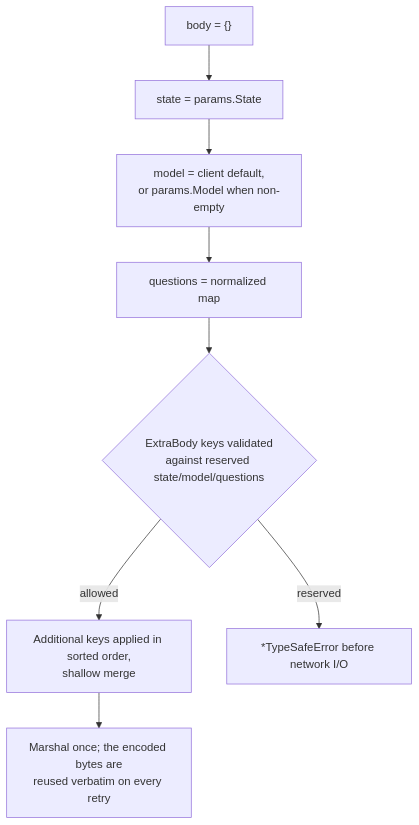
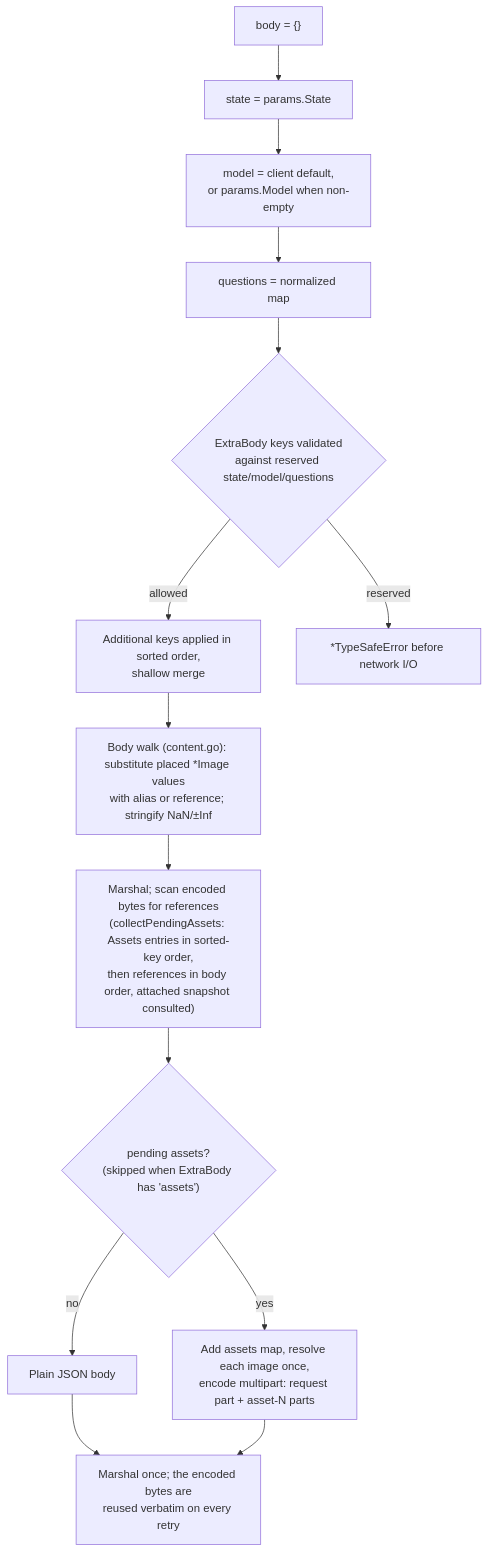
The third of 3 diagrams in docs/wire-protocol.md (captain-corgi/typesafe-sdk-go), drawn with Mermaid before and after one commit. The commit also changed other lines of this file and 41 other files, not shown here.

````diff
--- a/docs/wire-protocol.md
+++ b/docs/wire-protocol.md
@@ -55,10 +58,16 @@
 ```mermaid
 flowchart TB
     b0["body = {}"] --> b1["state = params.State"]
     b1 --> b2["model = client default,<br>or params.Model when non-empty"]
     b2 --> b3["questions = normalized map"]
     b3 --> b4{"ExtraBody keys validated<br>against reserved state/model/questions"}
     b4 -->|allowed| b5["Additional keys applied in sorted order,<br>shallow merge"]
     b4 -->|reserved| bx["*TypeSafeError before network I/O"]
-    b5 --> b6["Marshal once; the encoded bytes are<br>reused verbatim on every retry"]
+    b5 --> b6["Body walk (content.go): substitute placed *Image values<br>with alias or reference; stringify NaN/±Inf"]
+    b6 --> b7["Marshal; scan encoded bytes for references<br/>(collectPendingAssets: Assets entries in sorted-key order,<br>then references in body order, attached snapshot consulted)"]
+    b7 --> b8{"pending assets?<br>(skipped when ExtraBody has 'assets')"}
+    b8 -->|no| b9["Plain JSON body"]
+    b8 -->|yes| b10["Add assets map, resolve each image once,<br>encode multipart: request part + asset-N parts"]
+    b9 --> b11["Marshal once; the encoded bytes are<br>reused verbatim on every retry"]
+    b10 --> b11
 ```
````
